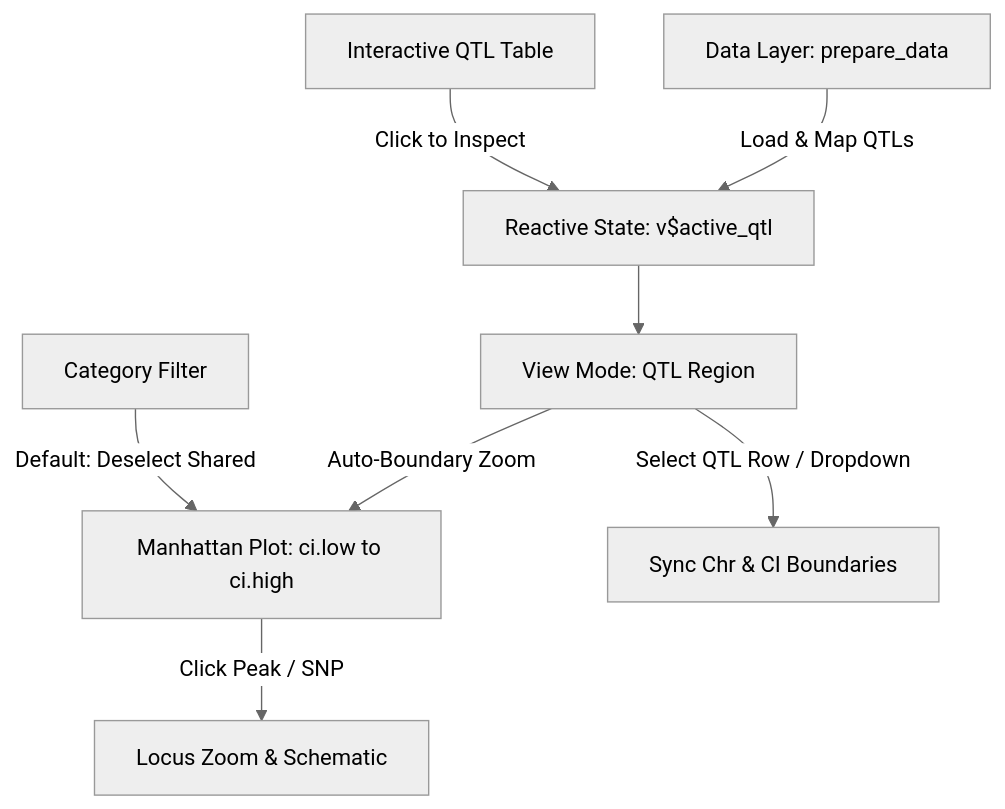
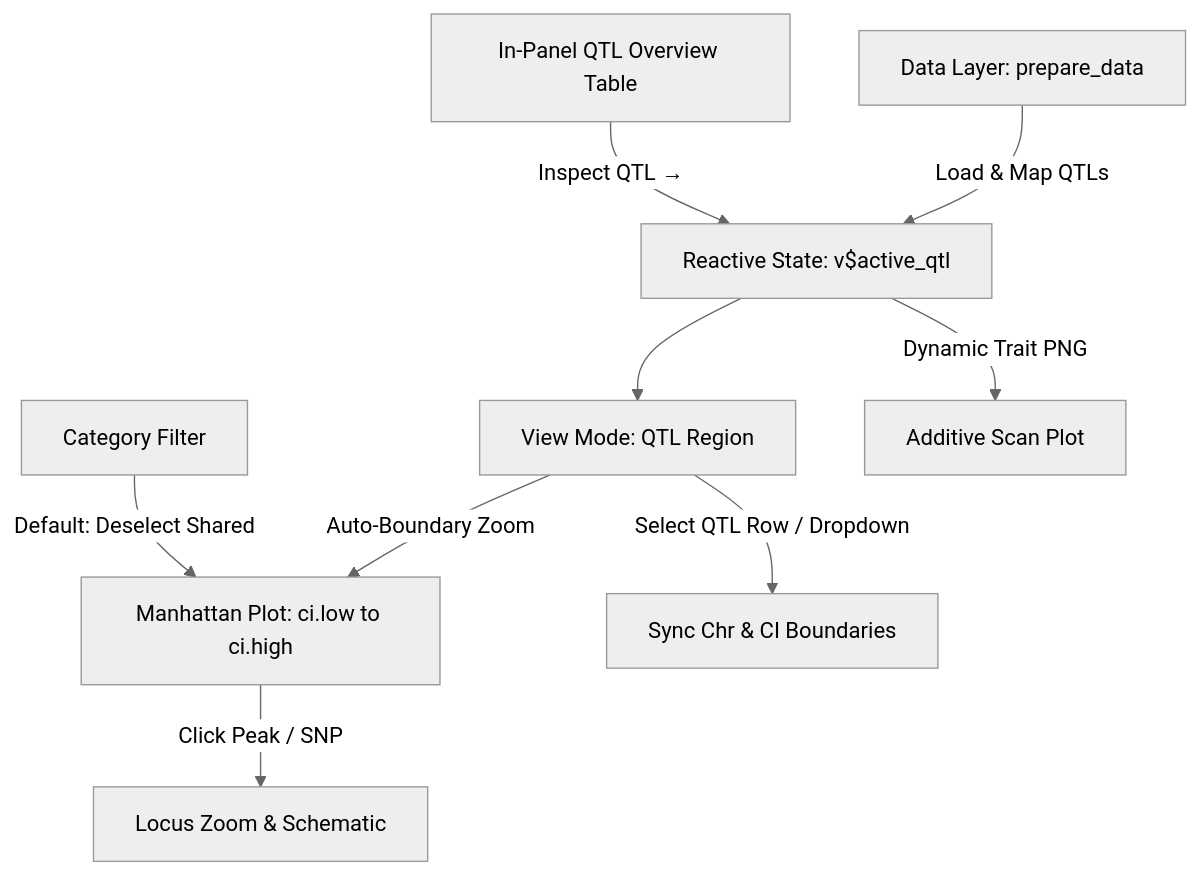
Before and after one commit to byandell/MafADiscovery: the diagram in guides/qtlanalysis.md, drawn with Mermaid (neutral theme). The commit also changed other lines of this file and 13 other files, not shown here.

````diff
--- a/guides/qtlanalysis.md
+++ b/guides/qtlanalysis.md
@@ -36,10 +34,11 @@
 ```mermaid
 flowchart TD
     A[Data Layer: prepare_data] -->|Load & Map QTLs| B[Reactive State: v$active_qtl]
     B --> C[View Mode: QTL Region]
     C -->|Auto-Boundary Zoom| D[Manhattan Plot: ci.low to ci.high]
     C -->|Select QTL Row / Dropdown| E[Sync Chr & CI Boundaries]
     D -->|Click Peak / SNP| F[Locus Zoom & Schematic]
     G[Category Filter] -->|Default: Deselect Shared| D
-    H[Interactive QTL Table] -->|Click to Inspect| B
+    H[In-Panel QTL Overview Table] -->|Inspect QTL →| B
+    B -->|Dynamic Trait PNG| I[Additive Scan Plot]
 ```
````
